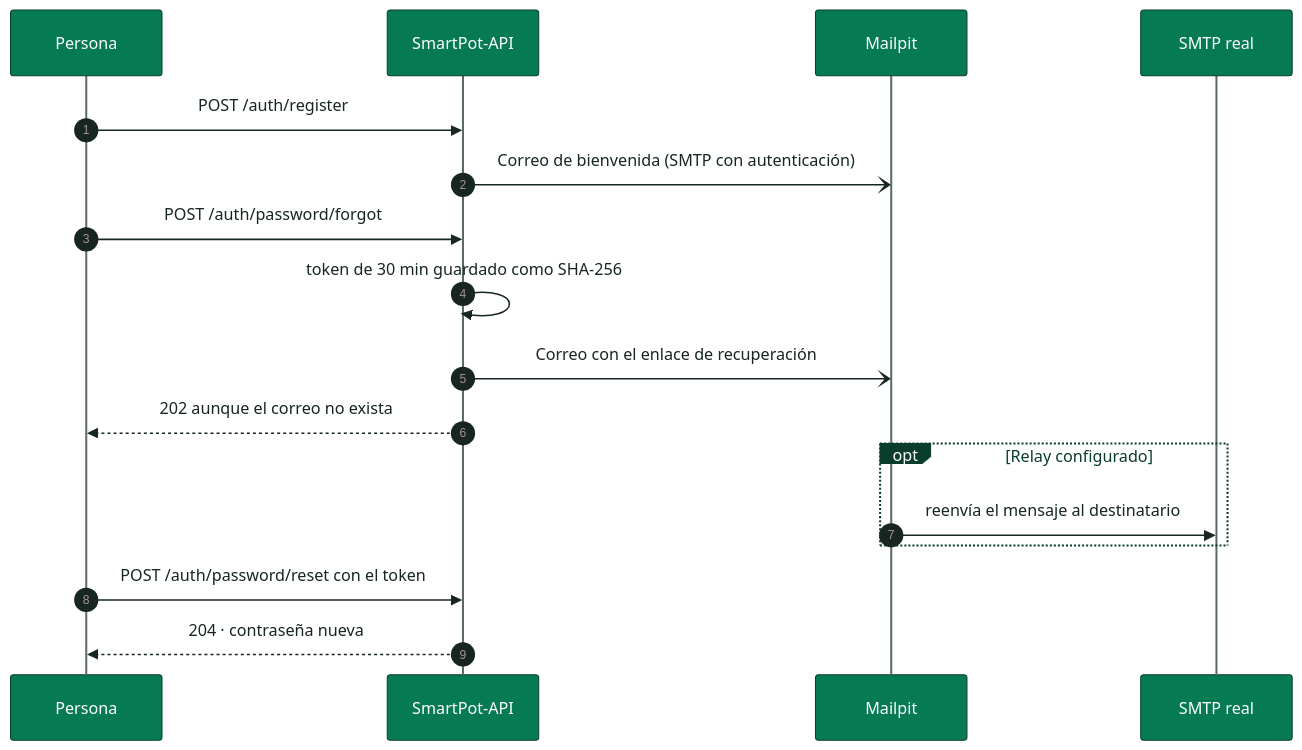
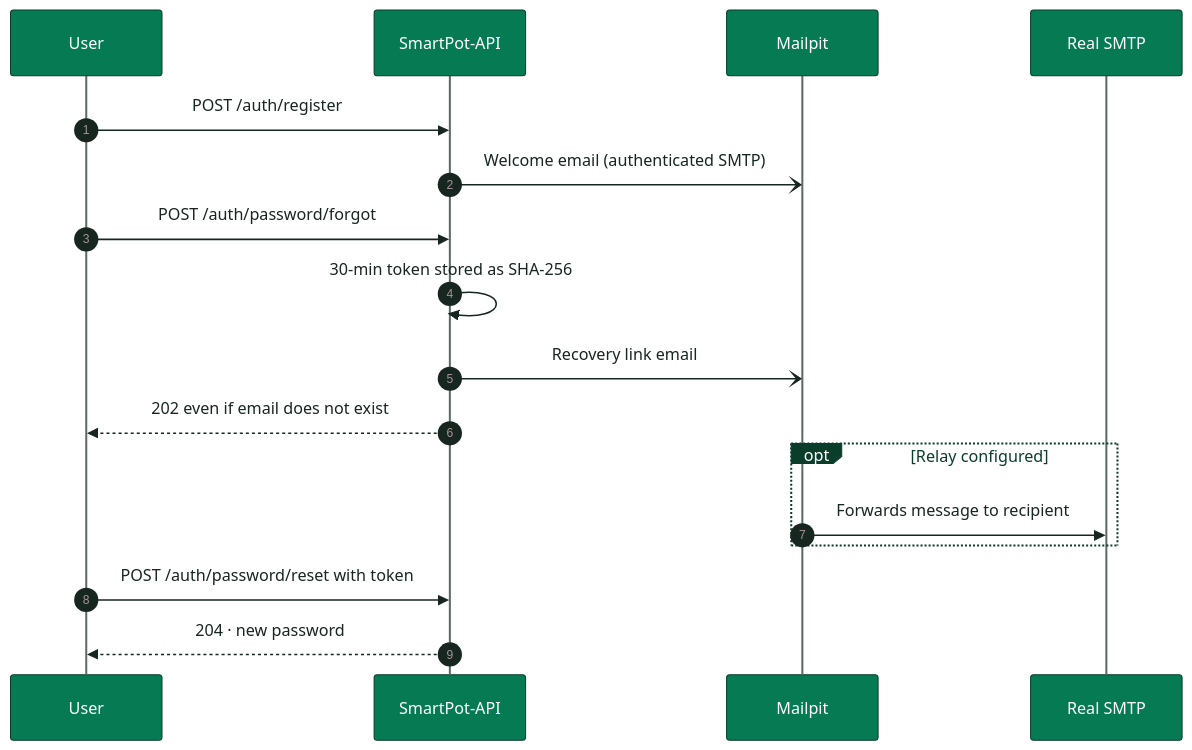
One commit to SmartPotTech/SmartPot-Mail changed the second of 2 diagrams in docs/SmartPot_Mail_Documentation.md. Above: the diagram before and after it, drawn with Mermaid. The commit also changed other lines of this file and 3 other files, not shown here.

````diff
--- a/docs/SmartPot_Mail_Documentation.md
+++ b/docs/SmartPot_Mail_Documentation.md
@@ -72,20 +76,20 @@
 ```mermaid
 %%{init: {"theme": "base", "fontFamily": "Segoe UI, Arial, sans-serif", "themeVariables": {"fontFamily": "Segoe UI, Arial, sans-serif", "fontSize": "15px", "primaryColor": "#DDF5EA", "primaryTextColor": "#17261F", "primaryBorderColor": "#067A52", "secondaryColor": "#E3F2FB", "secondaryTextColor": "#17261F", "secondaryBorderColor": "#1F6FA0", "tertiaryColor": "#F2F7F4", "tertiaryTextColor": "#17261F", "tertiaryBorderColor": "#D5E3DC", "lineColor": "#5B6B63", "textColor": "#17261F", "mainBkg": "#DDF5EA", "nodeBorder": "#067A52", "clusterBkg": "#F7FAF8", "clusterBorder": "#D5E3DC", "edgeLabelBackground": "#FFFFFF", "actorBkg": "#067A52", "actorBorder": "#0B3D2B", "actorTextColor": "#FFFFFF", "actorLineColor": "#5B6B63", "signalColor": "#17261F", "signalTextColor": "#17261F", "labelBoxBkgColor": "#0B3D2B", "labelBoxBorderColor": "#0B3D2B", "labelTextColor": "#FFFFFF", "loopTextColor": "#0B3D2B", "noteBkgColor": "#FDF4DD", "noteBorderColor": "#C98D12", "noteTextColor": "#17261F", "activationBkgColor": "#DDF5EA", "activationBorderColor": "#067A52", "attributeBackgroundColorOdd": "#FFFFFF", "attributeBackgroundColorEven": "#F2F7F4"}}}%%
 sequenceDiagram
   autonumber
-  participant P as Persona
+  participant P as User
   participant A as SmartPot-API
   participant M as Mailpit
-  participant R as SMTP real
+  participant R as Real SMTP
   P->>A: POST /auth/register
-  A-)M: Correo de bienvenida (SMTP con autenticación)
+  A-)M: Welcome email (authenticated SMTP)
   P->>A: POST /auth/password/forgot
-  A->>A: token de 30 min guardado como SHA-256
-  A-)M: Correo con el enlace de recuperación
-  A-->>P: 202 aunque el correo no exista
-  opt Relay configurado
-    M->>R: reenvía el mensaje al destinatario
+  A->>A: 30-min token stored as SHA-256
+  A-)M: Recovery link email
+  A-->>P: 202 even if email does not exist
+  opt Relay configured
+    M->>R: Forwards message to recipient
   end
-  P->>A: POST /auth/password/reset con el token
-  A-->>P: 204 · contraseña nueva
+  P->>A: POST /auth/password/reset with token
+  A-->>P: 204 · new password
 ```
````
